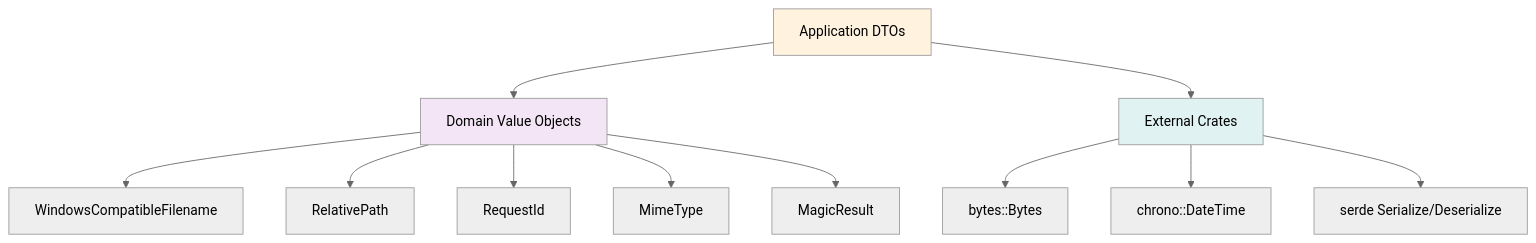
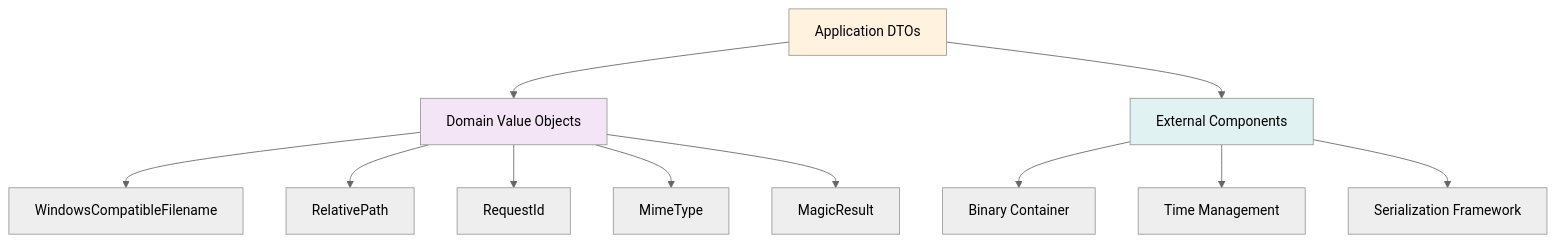
Before and after one commit to photom/magicer: the third of 3 diagrams in docs/reference/application/dtos.md, drawn with Mermaid (neutral theme). The commit also changed other lines of this file and 4 other files, not shown here.

````diff
--- a/docs/reference/application/dtos.md
+++ b/docs/reference/application/dtos.md
@@ -129,19 +127,19 @@
 ```mermaid
 graph TD
     DTO[Application DTOs] --> Domain[Domain Value Objects]
-    DTO --> External[External Crates]
+    DTO --> External[External Components]
     
     Domain --> Filename[WindowsCompatibleFilename]
     Domain --> Path[RelativePath]
     Domain --> RequestId[RequestId]
     Domain --> Mime[MimeType]
     Domain --> Result[MagicResult]
     
-    External --> Bytes[bytes::Bytes]
-    External --> Chrono[chrono::DateTime]
-    External --> Serde[serde Serialize/Deserialize]
+    External --> Bytes[Binary Container]
+    External --> Chrono[Time Management]
+    External --> Serde[Serialization Framework]
     
     style DTO fill:#FFF3E0
     style Domain fill:#F3E5F5
     style External fill:#E0F2F1
 ```
````
